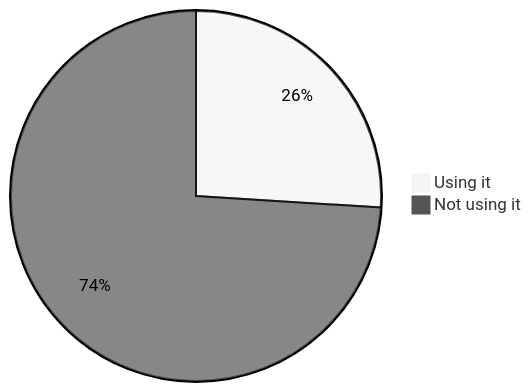
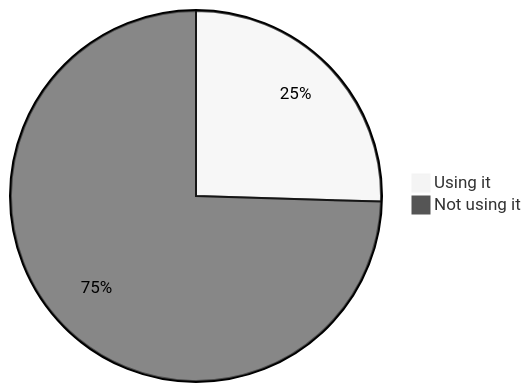
Before and after one commit to oshp/oshp-stats: diagram 14 of 18 in stats.md, drawn with Mermaid (neutral theme). The commit also changed other lines of this file and 1 other file, not shown here.

````diff
--- a/stats.md
+++ b/stats.md
@@ -164,6 +164,6 @@
 ```mermaid
 pie
-	"Using it" : 25.99
-	"Not using it" : 74.01
+	"Using it" : 25.48
+	"Not using it" : 74.52
 
 ```
````
